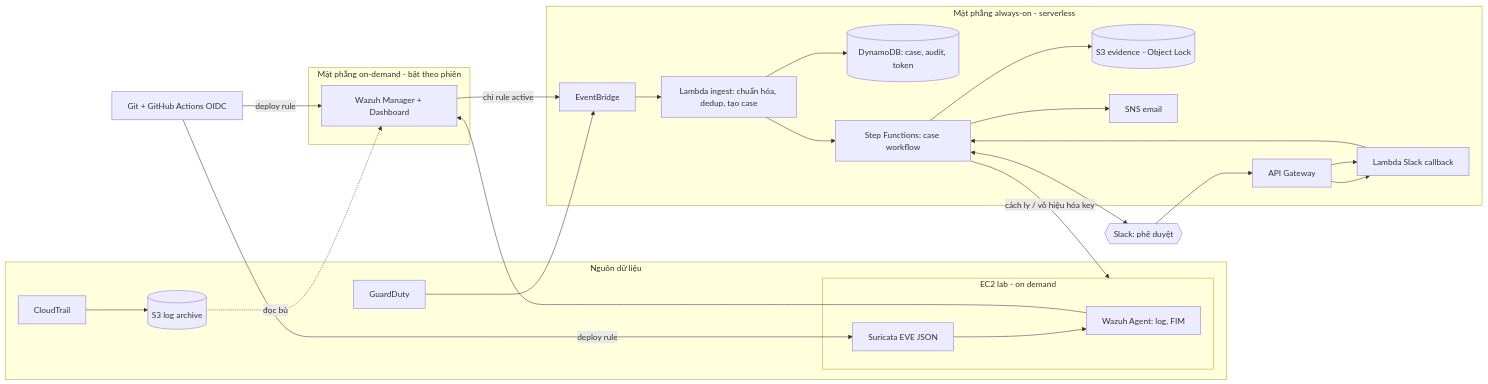
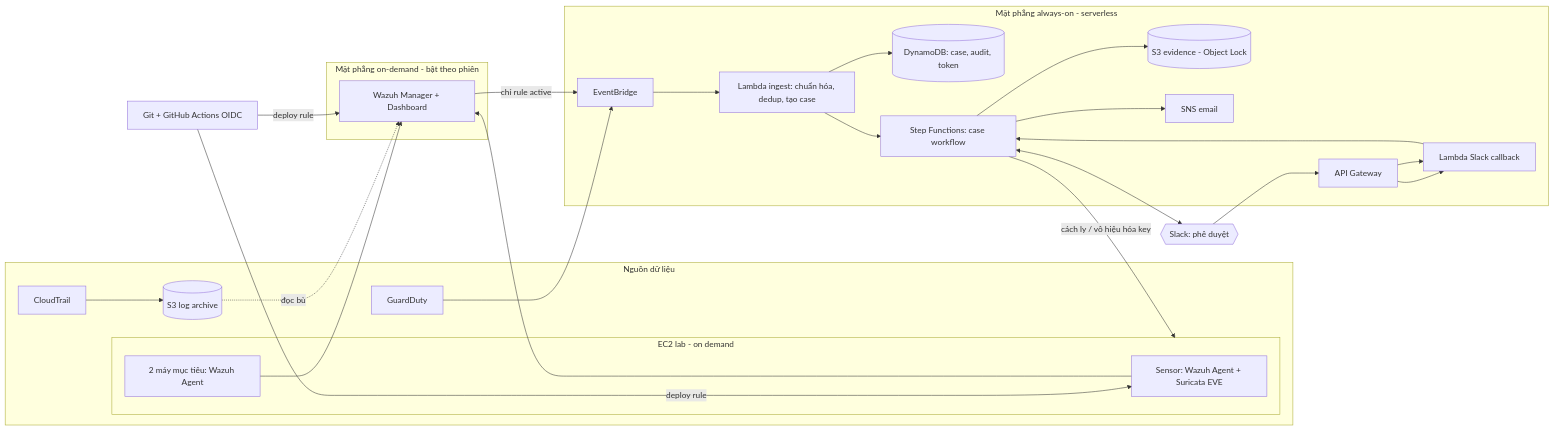
Before and after one commit to NguyenDoanHongHuyUIT/SIEM-SOAR-LAB: the diagram in README.md, drawn with Mermaid. The commit also changed other lines of this file and 5 other files, not shown here.

````diff
--- a/README.md
+++ b/README.md
@@ -15,30 +15,31 @@
 ```mermaid
 flowchart LR
   subgraph SRC[Nguồn dữ liệu]
     CT[CloudTrail] --> S3L[(S3 log archive)]
     GD[GuardDuty]
     subgraph EC2[EC2 lab - on demand]
-      WA[Wazuh Agent: log, FIM] ; SU[Suricata EVE JSON] --> WA
+      SE[Sensor: Wazuh Agent + Suricata EVE] ; TG[2 máy mục tiêu: Wazuh Agent]
     end
   end
   subgraph ONDEMAND[Mặt phẳng on-demand - bật theo phiên]
     WM[Wazuh Manager + Dashboard]
   end
   subgraph AON[Mặt phẳng always-on - serverless]
     EB[EventBridge] --> ING[Lambda ingest: chuẩn hóa, dedup, tạo case]
     ING --> DDB[(DynamoDB: case, audit, token)]
     ING --> SFN[Step Functions: case workflow]
     SFN --> EV[(S3 evidence - Object Lock)]
     SFN --> SNS[SNS email]
     APIGW[API Gateway] --> SL[Lambda Slack callback]
   end
   GD --> EB
-  WA --> WM
+  SE --> WM
+  TG --> WM
   S3L -. đọc bù .-> WM
   WM -- "chỉ rule active" --> EB
   SFN <--> SLACK{{Slack: phê duyệt}}
   SLACK --> APIGW --> SL --> SFN
   SFN -- "cách ly / vô hiệu hóa key" --> EC2
   GH[Git + GitHub Actions OIDC] -- deploy rule --> WM
-  GH -- deploy rule --> SU
+  GH -- deploy rule --> SE
 ```
````
